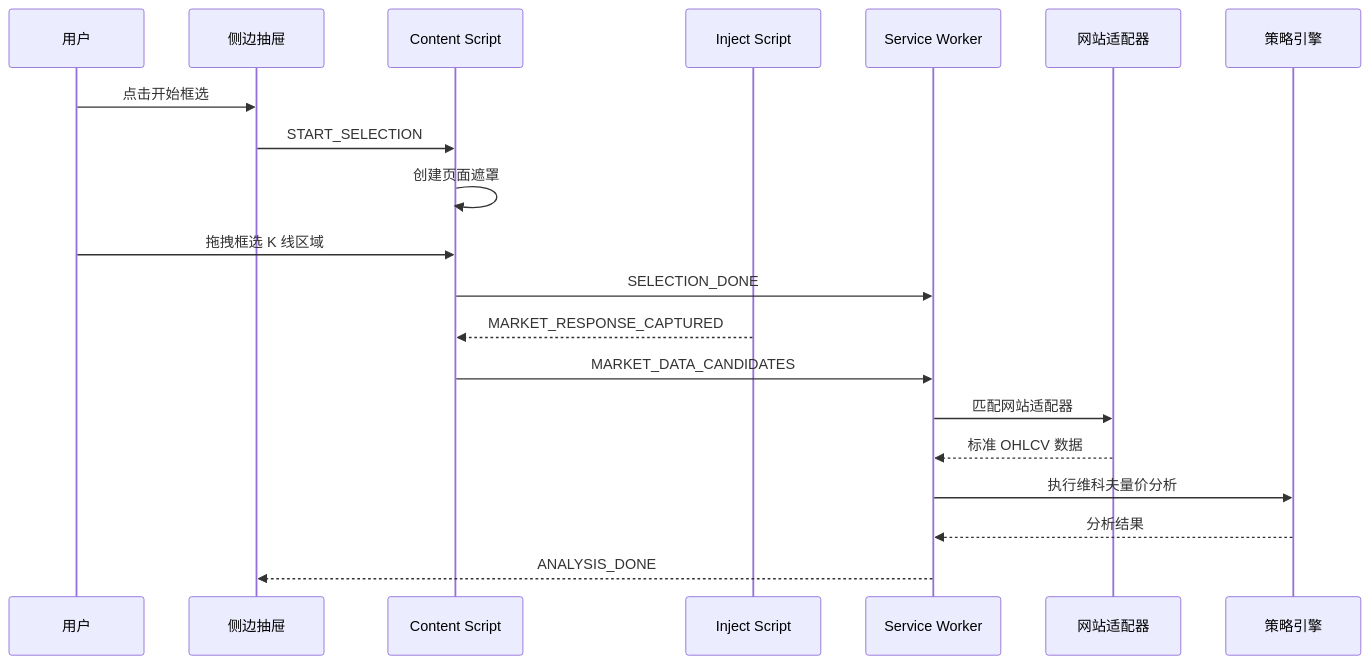
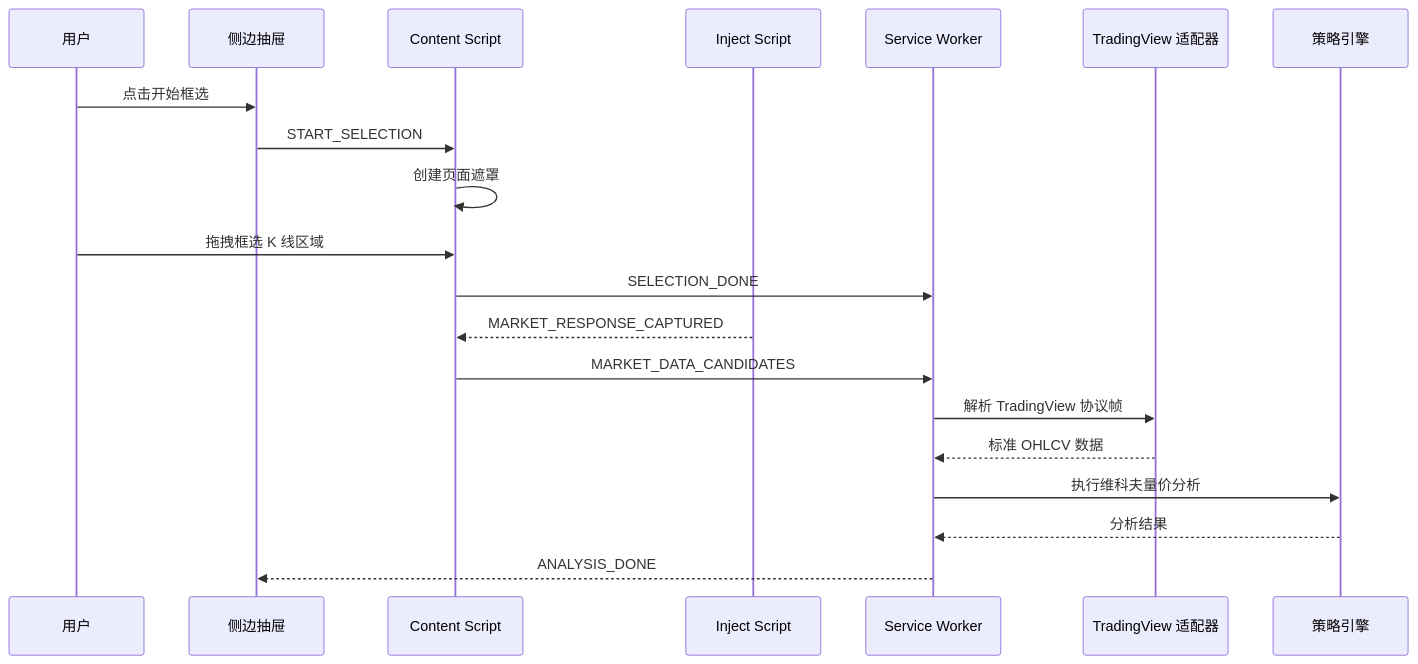
One commit to LanShiLiang/Chrome_K_line_analyzer changed the second of 2 diagrams in docs/spec/01_Chrome_K线分析器插件总体技术与架构方案.md. Above: the diagram before and after it, drawn with Mermaid. The commit also changed other lines of this file and 31 other files, not shown here.

Commit message:
feat: add multi-site analysis and harden architecture

````diff
--- a/docs/spec/01_Chrome_K线分析器插件总体技术与架构方案.md
+++ b/docs/spec/01_Chrome_K线分析器插件总体技术与架构方案.md
@@ -125,23 +126,23 @@
 ```mermaid
 sequenceDiagram
     participant U as 用户
     participant UI as 侧边抽屉
     participant CS as Content Script
     participant INJ as Inject Script
     participant BG as Service Worker
-    participant AD as 网站适配器
+    participant AD as TradingView 适配器
     participant EN as 策略引擎
 
     U->>UI: 点击开始框选
     UI->>CS: START_SELECTION
     CS->>CS: 创建页面遮罩
     U->>CS: 拖拽框选 K 线区域
     CS->>BG: SELECTION_DONE
     INJ-->>CS: MARKET_RESPONSE_CAPTURED
     CS->>BG: MARKET_DATA_CANDIDATES
-    BG->>AD: 匹配网站适配器
+    BG->>AD: 解析 TradingView 协议帧
     AD-->>BG: 标准 OHLCV 数据
     BG->>EN: 执行维科夫量价分析
     EN-->>BG: 分析结果
     BG-->>UI: ANALYSIS_DONE
 ```
````
